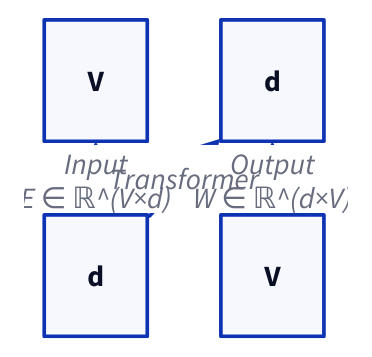
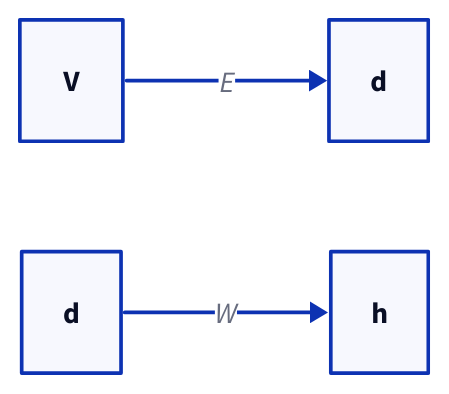
Before and after one commit to 111qqz/111qqz.github.io: the diagram in images/bpe-to-embedding/embedding-projection-dims.d2, drawn with D2. The commit also changed 4262 other files, not shown here.

Commit message:
fix: 修复 D2 配图显示尺寸过大问题并优化文章图表布局 111qqz/hugo-blog@676d4325cba7819ac391c37e539dd3b8ec0dd11f

```diff
--- a/images/bpe-to-embedding/embedding-projection-dims.d2
+++ b/images/bpe-to-embedding/embedding-projection-dims.d2
@@ -1,10 +1,9 @@
-grid-columns: 2
+direction: right
 
 V1: V
 D1: d
 D2: d
-V2: V
+H1: h
 
-V1 -> D1: "Input\nE ∈ ℝ^(V×d)"
-D1 -> D2: Transformer
-D2 -> V2: "Output\nW ∈ ℝ^(d×V)"
+V1 -> D1: E
+D2 -> H1: W
```
